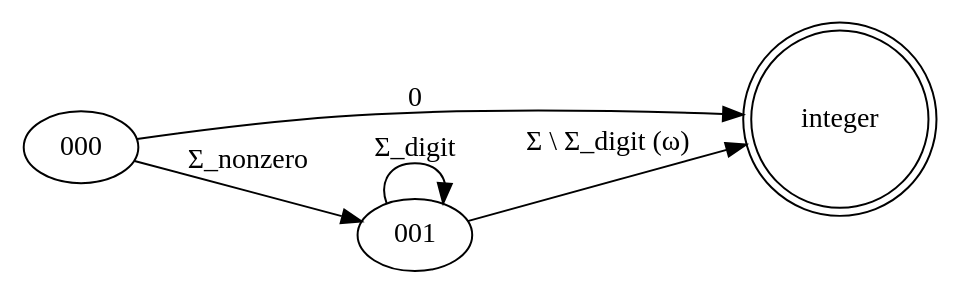
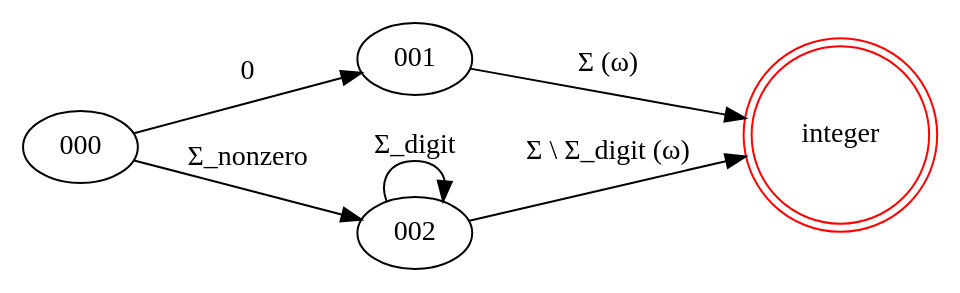
The third of 7 diagrams in document.org (yum-feng/comp6421-compiler-design), drawn with Graphviz before and after one commit. The commit also changed other lines of this file, not shown here.

Commit message:
finish graph, but still need to add disclaimers

```diff
--- a/document.org
+++ b/document.org
@@ -294,16 +308,16 @@
    #+begin_src dot file :file dfa-integer.png
      digraph {
        rankdir="LR"
     
-       integer [shape="doublecircle"];
+       integer [shape="doublecircle",color=red];
     
        // lexical specification
        // integer ::= Σ_nonzero Σ_digit* | 0
     
        // lexical specification rewritten in single character and fed into regex -> dfa tool
        // integer ::= nd*|0 (Σ_nonzero -> n, Σ_digit -> n)
     
-       000 -> integer [label = "0"]; 
-       000 -> 001 [label = "Σ_nonzero"]; 001 -> 001 [label = "Σ_digit"]; 001 -> integer [label = "Σ \\ Σ_digit (ω)"];
+       000 -> 001 [label = "0"]; 001 -> integer [label = "Σ (ω)"];
+       000 -> 002 [label = "Σ_nonzero"]; 002 -> 002 [label = "Σ_digit"]; 002 -> integer [label = "Σ \\ Σ_digit (ω)"];
      }
    #+end_src
```
